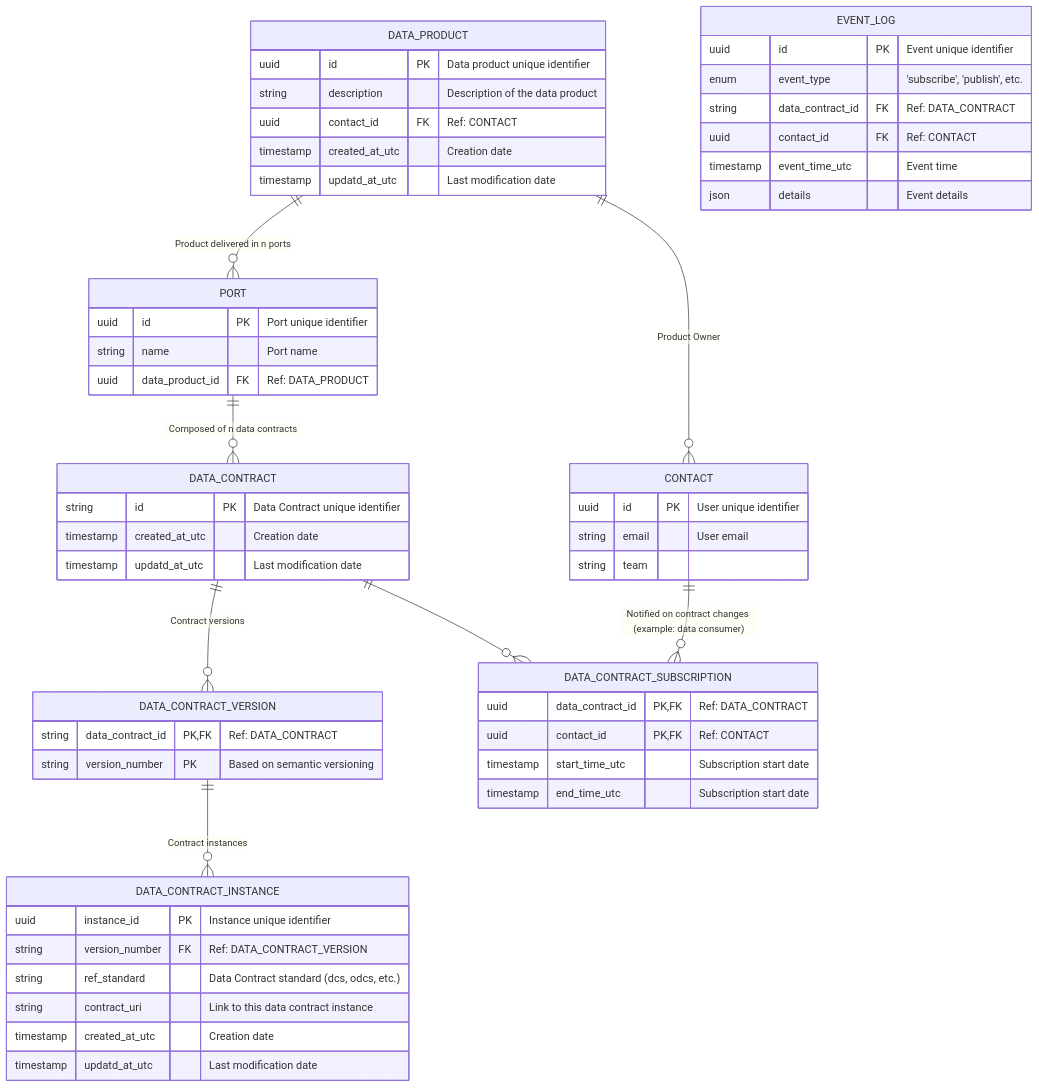
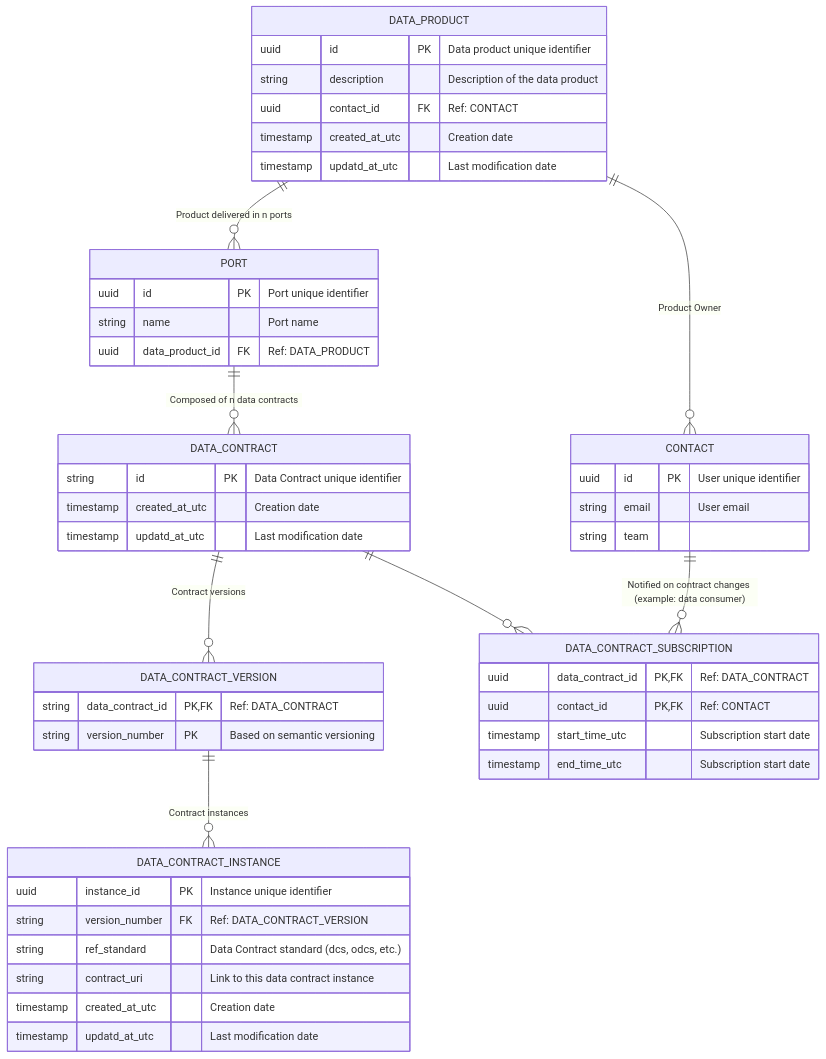
Before and after one commit to monmaya/base-impl: the diagram in docs/relational_model.md, drawn with Mermaid.

````diff
--- a/docs/relational_model.md
+++ b/docs/relational_model.md
@@ -5,70 +5,62 @@
 ```mermaid
 
 erDiagram
 
     DATA_PRODUCT {
         uuid id PK "Data product unique identifier"
         string description "Description of the data product"
         uuid contact_id FK "Ref: CONTACT"
         timestamp created_at_utc "Creation date"
         timestamp updatd_at_utc "Last modification date"
     }
 
     PORT {
         uuid id PK "Port unique identifier"
         string name "Port name"
         uuid data_product_id FK "Ref: DATA_PRODUCT"
     }
 
     DATA_CONTRACT {
         string id PK "Data Contract unique identifier"
         timestamp created_at_utc "Creation date"
         timestamp updatd_at_utc "Last modification date"
     }
 
     DATA_CONTRACT_VERSION {
         string data_contract_id PK, FK "Ref: DATA_CONTRACT"
         string version_number PK "Based on semantic versioning"
     }
 
     DATA_CONTRACT_INSTANCE {
         uuid instance_id PK "Instance unique identifier"
         string version_number FK "Ref: DATA_CONTRACT_VERSION"
         string ref_standard "Data Contract standard (dcs, odcs, etc.)"
         string contract_uri "Link to this data contract instance"
         timestamp created_at_utc "Creation date"
         timestamp updatd_at_utc "Last modification date"
     }
     
     DATA_CONTRACT_SUBSCRIPTION {
         uuid data_contract_id PK, FK "Ref: DATA_CONTRACT"
         uuid contact_id PK, FK "Ref: CONTACT"
         timestamp start_time_utc "Subscription start date"
         timestamp end_time_utc "Subscription start date"
     }
 
     CONTACT {
         uuid id PK "User unique identifier"
         string email "User email"
         string team
     }
 
 
     DATA_PRODUCT ||--o{ PORT : "Product delivered in n ports"
     DATA_PRODUCT ||--o{ CONTACT : "Product Owner"
     PORT ||--o{ DATA_CONTRACT : "Composed of n data contracts"
     DATA_CONTRACT ||--o{ DATA_CONTRACT_VERSION : "Contract versions"
     DATA_CONTRACT_VERSION ||--o{ DATA_CONTRACT_INSTANCE : "Contract instances"
     DATA_CONTRACT ||--o{ DATA_CONTRACT_SUBSCRIPTION : ""
     CONTACT ||--o{ DATA_CONTRACT_SUBSCRIPTION : "Notified on contract changes (example: data consumer)"
 
-    EVENT_LOG {
-        uuid id PK "Event unique identifier"
-        enum event_type "'subscribe', 'publish', etc."
-        string data_contract_id FK "Ref: DATA_CONTRACT"
-        uuid contact_id FK "Ref: CONTACT"
-        timestamp event_time_utc "Event time"
-        json details "Event details"
-    }
 
   ```
````
